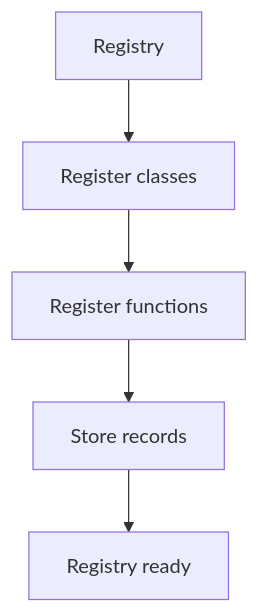
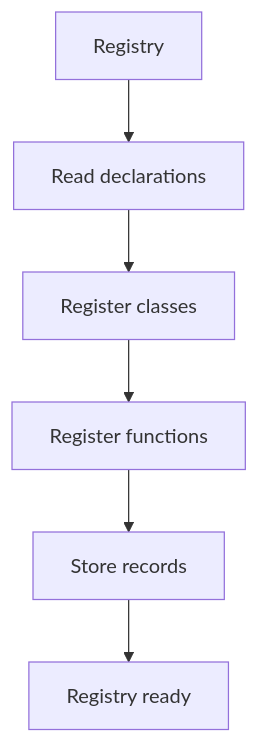
Before and after one commit to JohnAndrewBalbarosa/NeoTerritory: the diagram in docs/Codebase/Microservice/Modules/Source/Analysis/Patterns/Middleman/Registry/README.md, drawn with Mermaid. The commit also changed other lines of this file and 182 other files, not shown here.

````diff
--- a/docs/Codebase/Microservice/Modules/Source/Analysis/Patterns/Middleman/Registry/README.md
+++ b/docs/Codebase/Microservice/Modules/Source/Analysis/Patterns/Middleman/Registry/README.md
@@ -12,12 +12,14 @@
 ```mermaid
 flowchart TD
     Start["Registry"]
-    N0["Register classes"]
-    N1["Register functions"]
-    N2["Store records"]
+    N0["Read declarations"]
+    N1["Register classes"]
+    N2["Register functions"]
+    N3["Store records"]
     End["Registry ready"]
     Start --> N0
     N0 --> N1
     N1 --> N2
-    N2 --> End
+    N2 --> N3
+    N3 --> End
 ```
````
